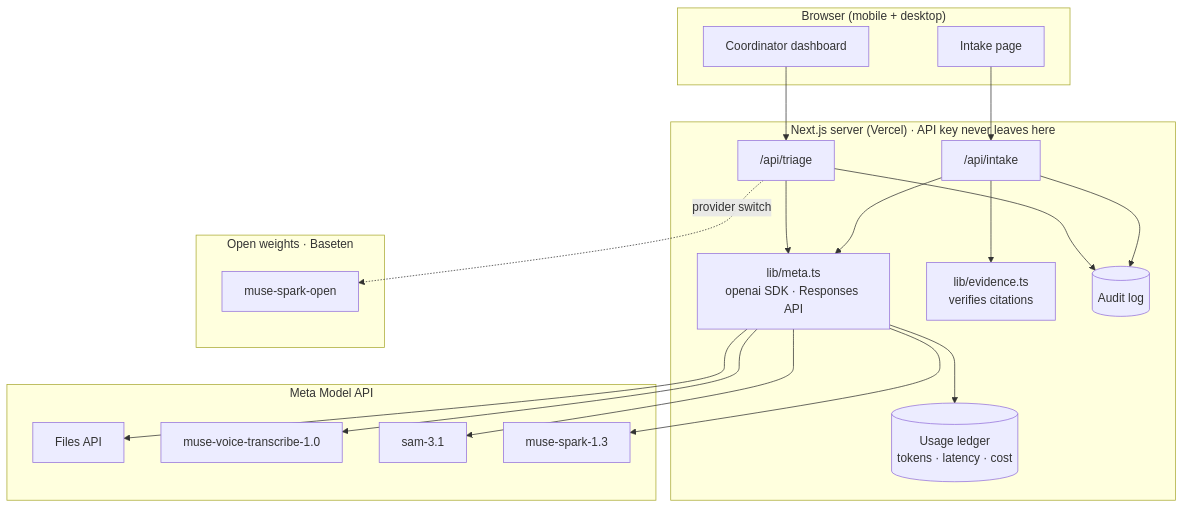
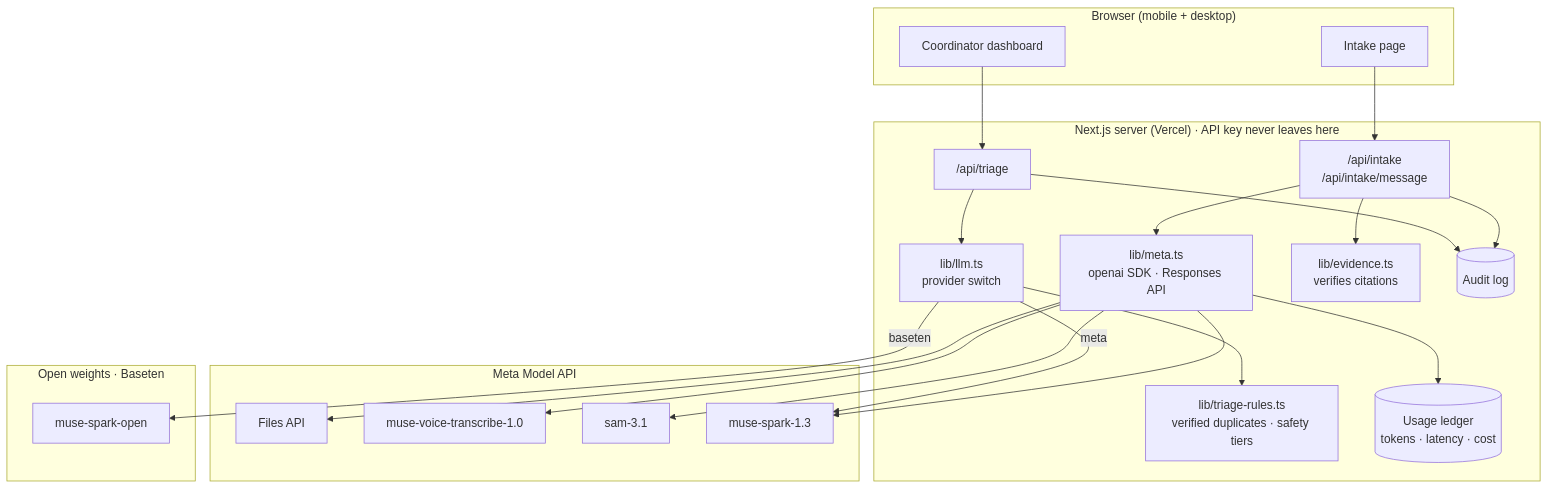
Before and after one commit to SapSaeta/relief-net: the fifth of 6 diagrams in README.md, drawn with Mermaid. The commit also changed other lines of this file and 4 other files, not shown here.

````diff
--- a/README.md
+++ b/README.md
@@ -128,33 +171,36 @@
 ```mermaid
 flowchart TB
     subgraph Client["Browser (mobile + desktop)"]
         UI1[Intake page]
         UI2[Coordinator dashboard]
     end
     subgraph Server["Next.js server (Vercel) · API key never leaves here"]
-        R1["/api/intake"]
+        R1["/api/intake<br/>/api/intake/message"]
         R2["/api/triage"]
         LIB["lib/meta.ts<br/>openai SDK · Responses API"]
+        LLM["lib/llm.ts<br/>provider switch"]
+        RULES["lib/triage-rules.ts<br/>verified duplicates · safety tiers"]
         VER["lib/evidence.ts<br/>verifies citations"]
         LED[("Usage ledger<br/>tokens · latency · cost")]
         LOG[(Audit log)]
     end
     subgraph Meta["Meta Model API"]
         M1[Files API]
         M2[muse-voice-transcribe-1.0]
         M3[sam-3.1]
         M4[muse-spark-1.3]
     end
     subgraph Open["Open weights · Baseten"]
         O1[muse-spark-open]
     end
     UI1 --> R1
     UI2 --> R2
     R1 --> LIB
-    R2 --> LIB
+    R2 --> LLM --> RULES
     LIB --> M1 & M2 & M3 & M4
-    R2 -.->|provider switch| O1
+    LLM -->|meta| M4
+    LLM -->|baseten| O1
     R1 --> VER
     LIB --> LED
     R1 & R2 --> LOG
 ```
````
